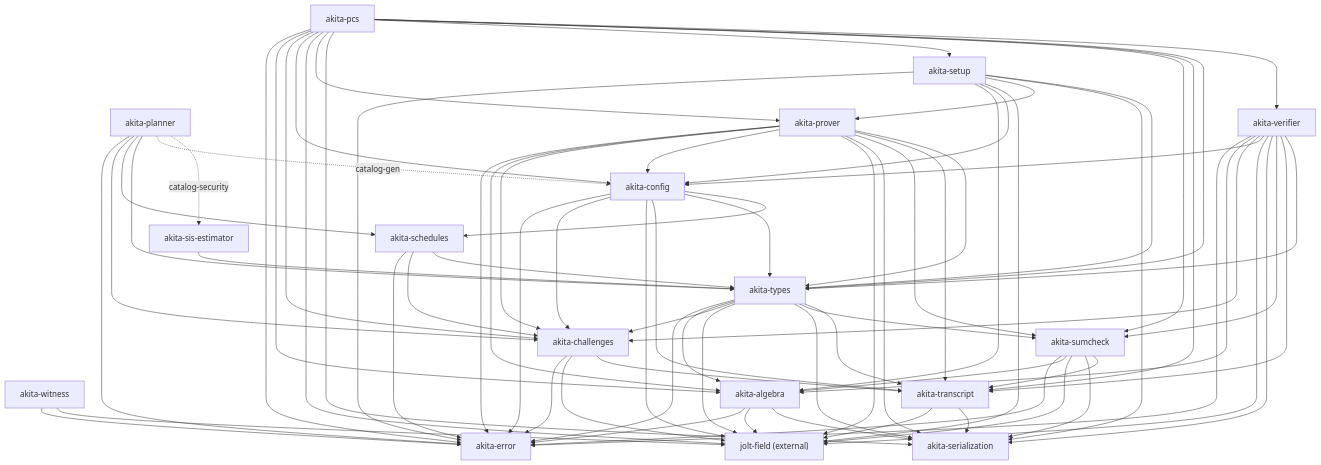
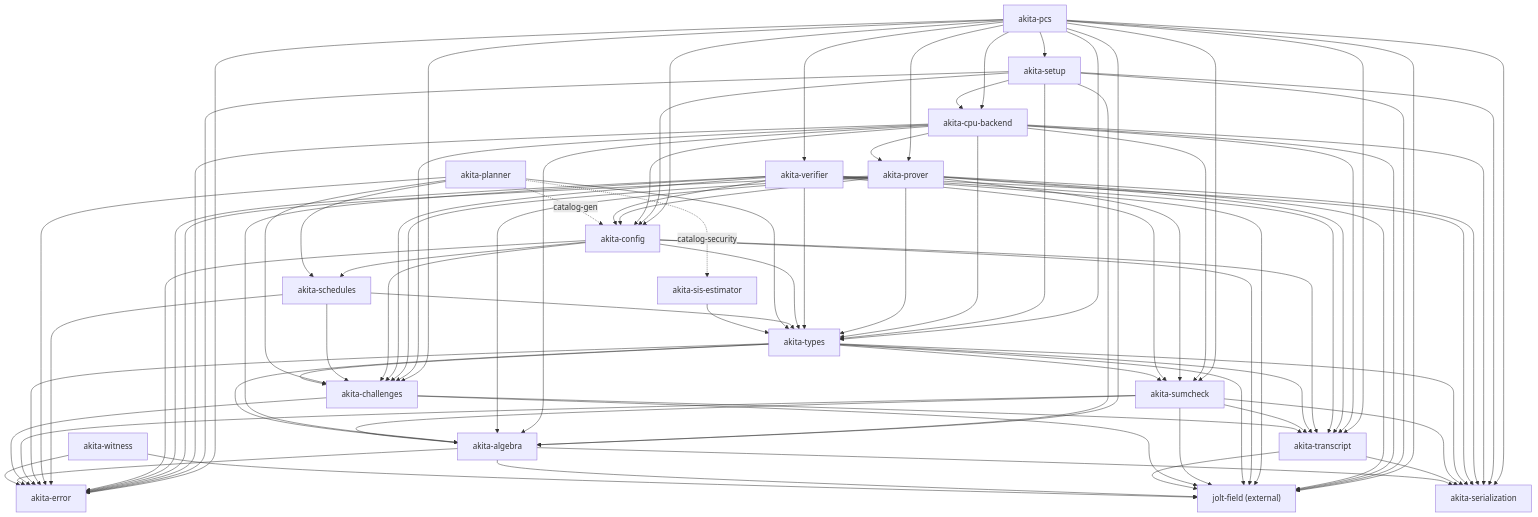
One commit to LayerZero-Labs/akita changed the diagram in docs/crate-graph.md. Above: the diagram before and after it, drawn with Mermaid. The commit also changed other lines of this file and 529 other files, not shown here.

Commit message:
refactor(prover): isolate an owning CPU backend behind opaque kernels

```diff
--- a/docs/crate-graph.md
+++ b/docs/crate-graph.md
@@ -50,6 +51,7 @@
   Config["akita-config"]
   Verifier["akita-verifier"]
   Prover["akita-prover"]
+  Cpu["akita-cpu-backend"]
   Setup["akita-setup"]
   Pcs["akita-pcs"]
 
@@ -109,11 +111,21 @@
   Prover --> Sumcheck
   Prover --> Transcript
   Prover --> Types
+  Cpu --> Prover
+  Cpu --> Error
+  Cpu --> Algebra
+  Cpu --> Challenges
+  Cpu --> Config
+  Cpu --> Field
+  Cpu --> Ser
+  Cpu --> Sumcheck
+  Cpu --> Transcript
+  Cpu --> Types
   Setup --> Error
   Setup --> Algebra
   Setup --> Config
   Setup --> Field
-  Setup --> Prover
+  Setup --> Cpu
   Setup --> Ser
   Setup --> Types
   Pcs --> Error
@@ -122,6 +134,7 @@
   Pcs --> Config
   Pcs --> Field
   Pcs --> Prover
+  Pcs --> Cpu
   Pcs --> Ser
   Pcs --> Setup
   Pcs --> Sumcheck
```
